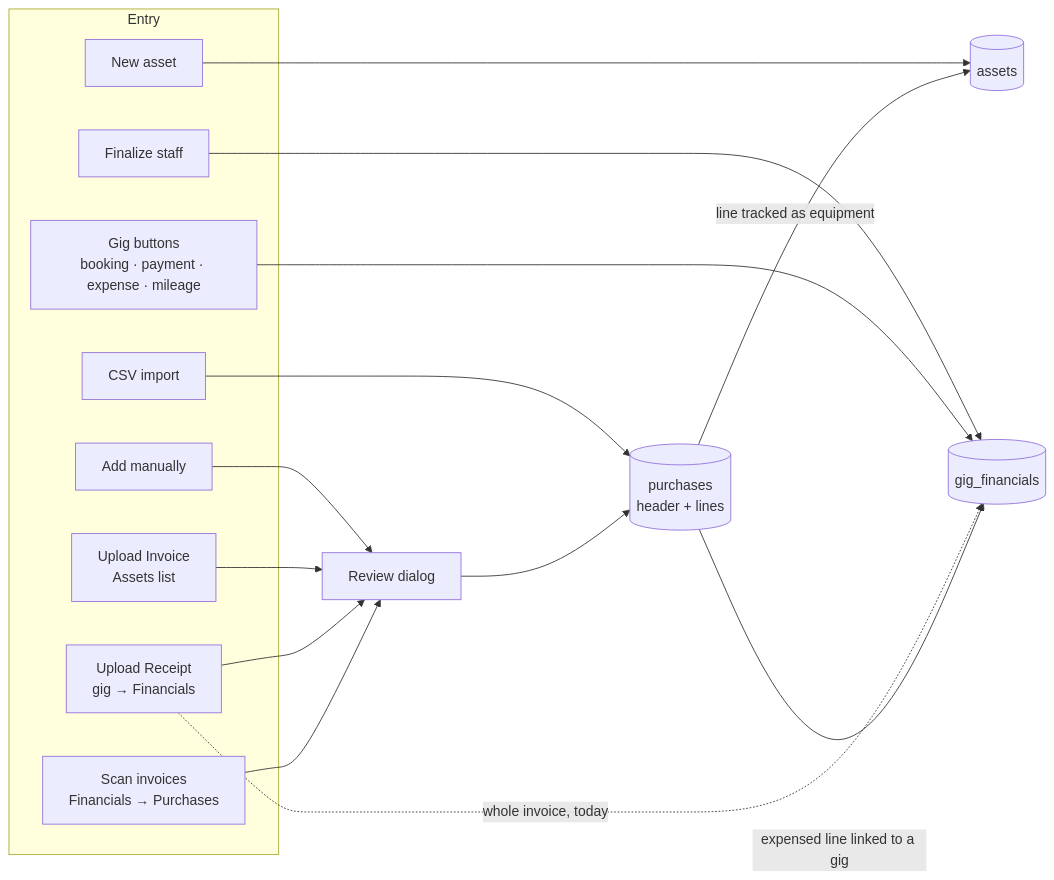
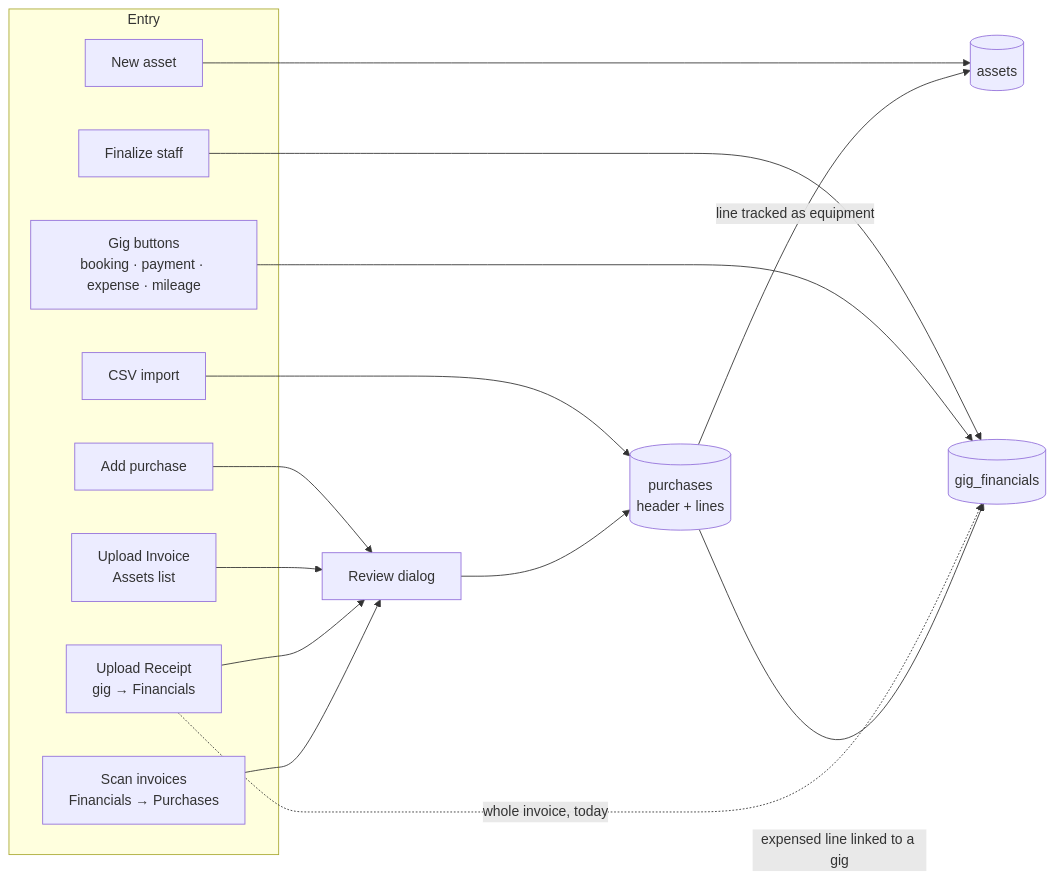
The diagram in docs/technical/financials.md (corourke/GigManager), drawn with Mermaid before and after one commit. The commit also changed other lines of this file and 10 other files, not shown here.

````diff
--- a/docs/technical/financials.md
+++ b/docs/technical/financials.md
@@ -31,22 +31,22 @@
 ```mermaid
 flowchart LR
   subgraph Entry
     SI[Scan invoices<br/>Financials → Purchases]
     UR[Upload Receipt<br/>gig → Financials]
     UI[Upload Invoice<br/>Assets list]
-    AM[Add manually]
+    AM[Add purchase]
     CSV[CSV import]
     AN[New asset]
     QA[Gig buttons<br/>booking · payment · expense · mileage]
     ST[Finalize staff]
   end
   SI & UR & UI & AM --> RD[Review dialog]
   RD --> P[(purchases<br/>header + lines)]
   CSV --> P
   P -- line tracked as equipment --> A[(assets)]
   AN --> A
   P -- expensed line linked to a gig --> GF[(gig_financials)]
   UR -. whole invoice, today .-> GF
   QA --> GF
   ST --> GF
 ```
````
